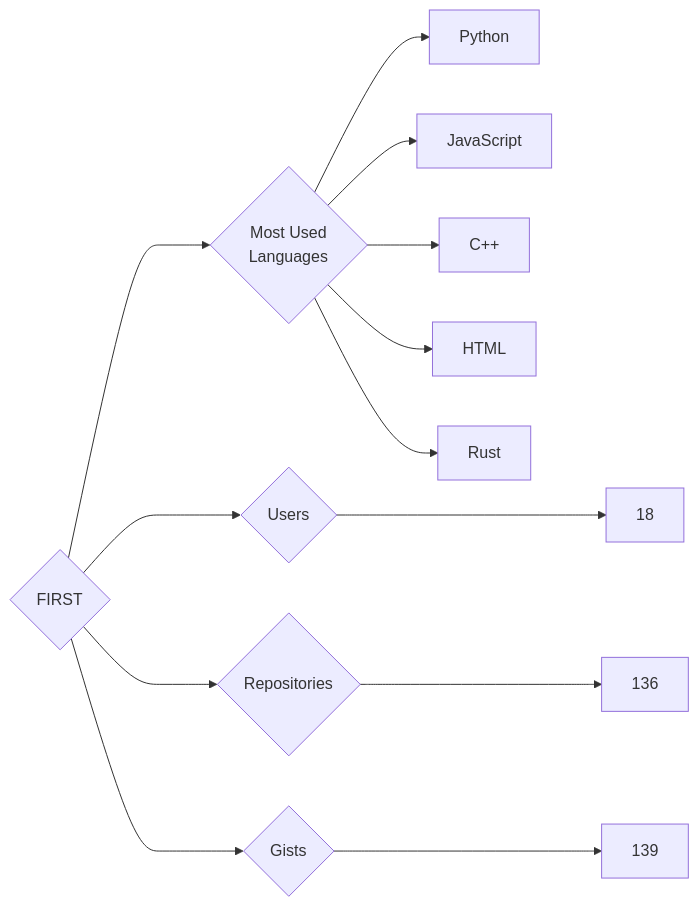
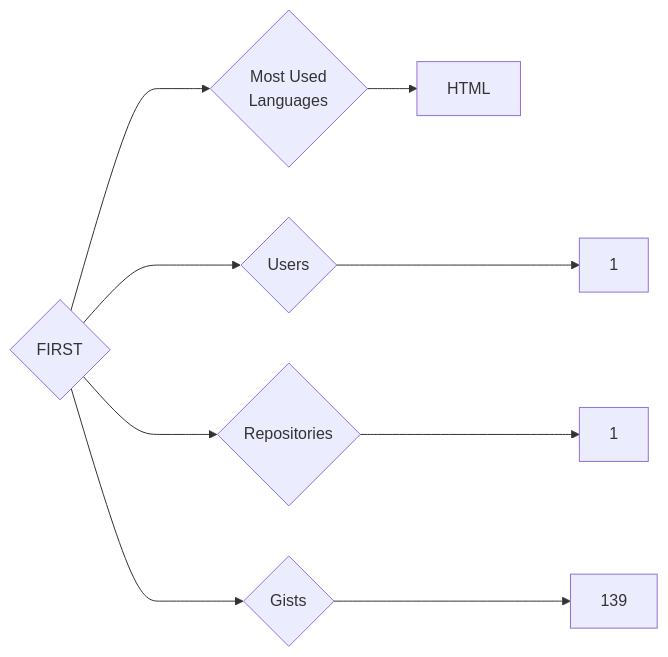
One commit to trickest/insiders changed the diagram in targets/FIRST/README.md. Above: the diagram before and after it, drawn with Mermaid. The commit also changed 894 other files, not shown here.

````diff
--- a/targets/FIRST/README.md
+++ b/targets/FIRST/README.md
@@ -3,13 +3,9 @@
 ```mermaid
 graph LR
 COMPANY_NAME{FIRST}
-COMPANY_NAME ---> U{Users} ---> UN[18]
-COMPANY_NAME ---> R{Repositories} ---> RN[136]
+COMPANY_NAME ---> U{Users} ---> UN[1]
+COMPANY_NAME ---> R{Repositories} ---> RN[1]
 COMPANY_NAME ---> G{Gists} ---> GN[139]
 COMPANY_NAME ---> ML{Most Used<br>Languages}
-ML --> Python[Python]
-ML --> JavaScript[JavaScript]
-ML --> C++[C++]
 ML --> HTML[HTML]
-ML --> Rust[Rust]
 ```
````
